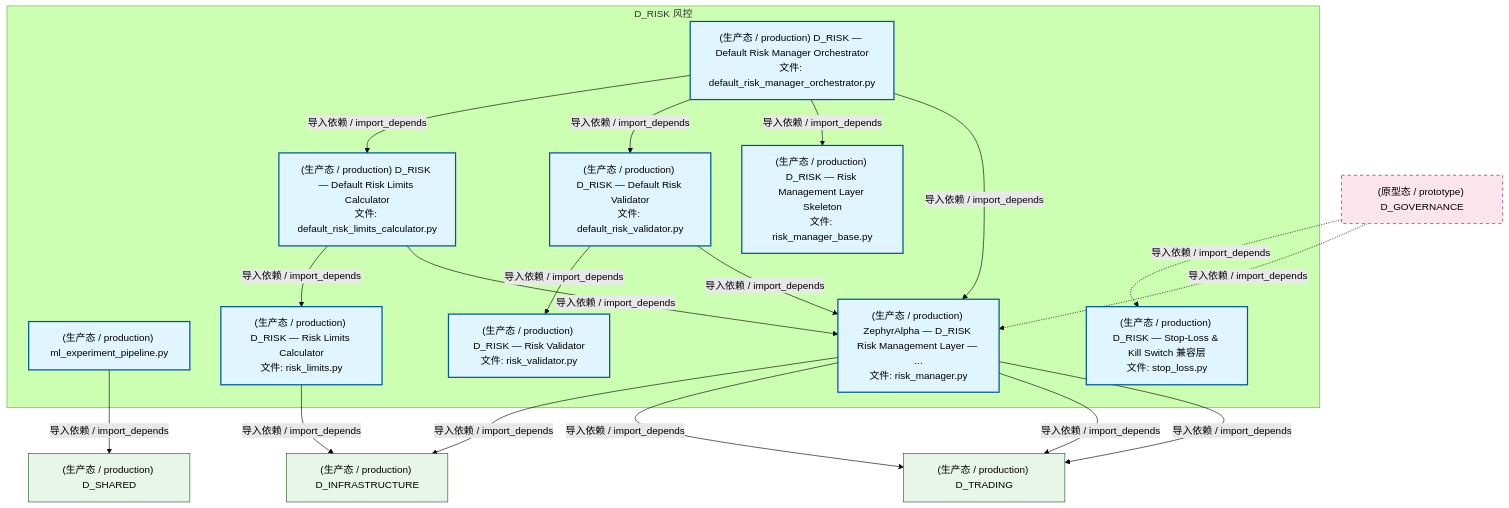
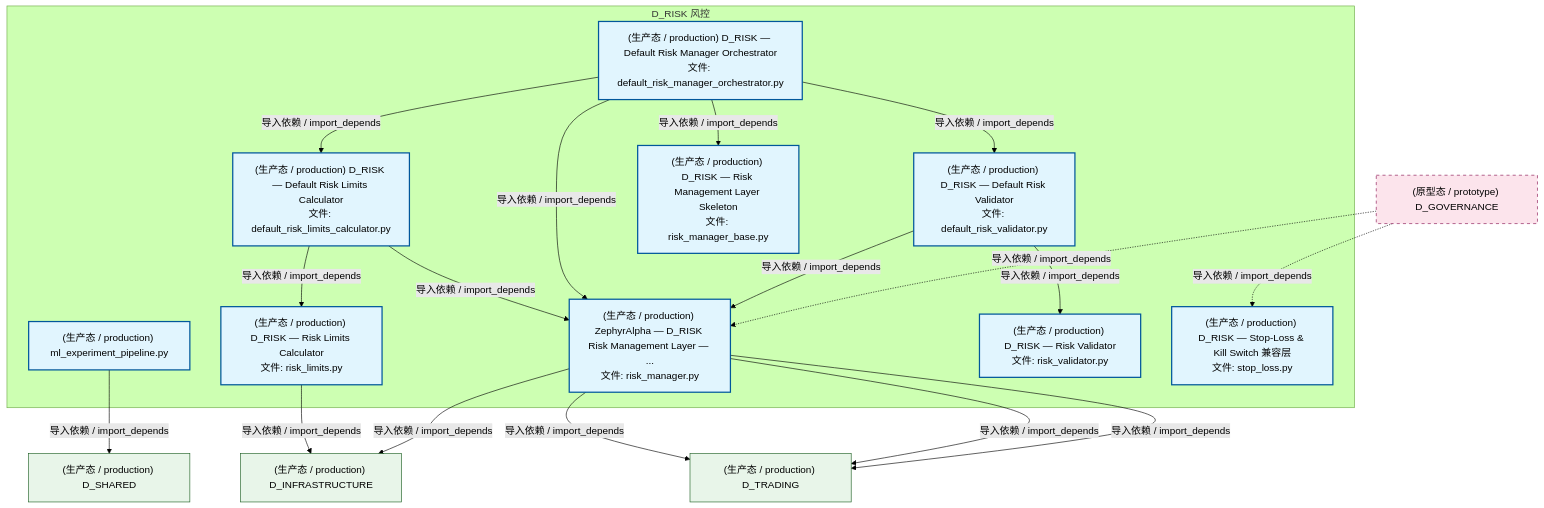
The second of 4 diagrams in docs/02_enterprise_architecture/02_domain_architecture_docs/54_d_risk.md (xuanFelixVan/ZephyrAlpha), drawn with Mermaid (forest theme) before and after one commit. The commit also changed other lines of this file and 126 other files, not shown here.

````diff
--- a/docs/02_enterprise_architecture/02_domain_architecture_docs/54_d_risk.md
+++ b/docs/02_enterprise_architecture/02_domain_architecture_docs/54_d_risk.md
@@ -186,41 +186,41 @@
 ```mermaid
 graph TD
     subgraph D_RISK["D_RISK 风控"]
         src_zephyr_risk_cross_asset_cross_market_data_adapter_ml_experiment_pipeline_py["(生产态 / production) ml_experiment_pipeline.py"]
         src_zephyr_risk_implementations_default_risk_limits_calculator_py["(生产态 / production) D_RISK — Default Risk Limits Calculator<br/>文件: default_risk_limits_calculator.py"]
         src_zephyr_risk_implementations_default_risk_manager_orchestrator_py["(生产态 / production) D_RISK — Default Risk Manager Orchestrator<br/>文件: default_risk_manager_orchestrator.py"]
         src_zephyr_risk_implementations_default_risk_validator_py["(生产态 / production) D_RISK — Default Risk Validator<br/>文件: default_risk_validator.py"]
         src_zephyr_risk_risk_limits_py["(生产态 / production) D_RISK — Risk Limits Calculator<br/>文件: risk_limits.py"]
         src_zephyr_risk_risk_manager_py["(生产态 / production) ZephyrAlpha — D_RISK Risk Management Layer — ...<br/>文件: risk_manager.py"]
         src_zephyr_risk_risk_manager_base_py["(生产态 / production) D_RISK — Risk Management Layer Skeleton<br/>文件: risk_manager_base.py"]
         src_zephyr_risk_risk_validator_py["(生产态 / production) D_RISK — Risk Validator<br/>文件: risk_validator.py"]
         src_zephyr_risk_stop_loss_py["(生产态 / production) D_RISK — Stop-Loss & Kill Switch 兼容层<br/>文件: stop_loss.py"]
     end
+    src_zephyr_risk_implementations_default_risk_limits_calculator_py -->|导入依赖 / import_depends| src_zephyr_risk_risk_limits_py
+    src_zephyr_risk_implementations_default_risk_limits_calculator_py -->|导入依赖 / import_depends| src_zephyr_risk_risk_manager_py
+    src_zephyr_risk_implementations_default_risk_manager_orchestrator_py -->|导入依赖 / import_depends| src_zephyr_risk_risk_manager_py
+    src_zephyr_risk_implementations_default_risk_manager_orchestrator_py -->|导入依赖 / import_depends| src_zephyr_risk_risk_manager_base_py
+    src_zephyr_risk_implementations_default_risk_manager_orchestrator_py -->|导入依赖 / import_depends| src_zephyr_risk_implementations_default_risk_limits_calculator_py
+    src_zephyr_risk_implementations_default_risk_manager_orchestrator_py -->|导入依赖 / import_depends| src_zephyr_risk_implementations_default_risk_validator_py
     src_zephyr_risk_implementations_default_risk_validator_py -->|导入依赖 / import_depends| src_zephyr_risk_risk_manager_py
     src_zephyr_risk_implementations_default_risk_validator_py -->|导入依赖 / import_depends| src_zephyr_risk_risk_validator_py
-    src_zephyr_risk_implementations_default_risk_limits_calculator_py -->|导入依赖 / import_depends| src_zephyr_risk_risk_manager_py
-    src_zephyr_risk_implementations_default_risk_limits_calculator_py -->|导入依赖 / import_depends| src_zephyr_risk_risk_limits_py
-    src_zephyr_risk_implementations_default_risk_manager_orchestrator_py -->|导入依赖 / import_depends| src_zephyr_risk_risk_manager_py
-    src_zephyr_risk_implementations_default_risk_manager_orchestrator_py -->|导入依赖 / import_depends| src_zephyr_risk_risk_manager_base_py
-    src_zephyr_risk_implementations_default_risk_manager_orchestrator_py -->|导入依赖 / import_depends| src_zephyr_risk_implementations_default_risk_validator_py
-    src_zephyr_risk_implementations_default_risk_manager_orchestrator_py -->|导入依赖 / import_depends| src_zephyr_risk_implementations_default_risk_limits_calculator_py
+    D_TRADING["(生产态 / production) D_TRADING"]
+    src_zephyr_risk_risk_manager_py -->|导入依赖 / import_depends| D_TRADING
     D_INFRASTRUCTURE["(生产态 / production) D_INFRASTRUCTURE"]
     src_zephyr_risk_risk_limits_py -->|导入依赖 / import_depends| D_INFRASTRUCTURE
-    D_TRADING["(生产态 / production) D_TRADING"]
-    src_zephyr_risk_risk_manager_py -->|导入依赖 / import_depends| D_TRADING
     src_zephyr_risk_risk_manager_py -->|导入依赖 / import_depends| D_TRADING
     src_zephyr_risk_risk_manager_py -->|导入依赖 / import_depends| D_TRADING
     src_zephyr_risk_risk_manager_py -->|导入依赖 / import_depends| D_INFRASTRUCTURE
     D_SHARED["(生产态 / production) D_SHARED"]
     src_zephyr_risk_cross_asset_cross_market_data_adapter_ml_experiment_pipeline_py -->|导入依赖 / import_depends| D_SHARED
     D_GOVERNANCE["(原型态 / prototype) D_GOVERNANCE"]
     D_GOVERNANCE -.->|导入依赖 / import_depends| src_zephyr_risk_risk_manager_py
     D_GOVERNANCE -.->|导入依赖 / import_depends| src_zephyr_risk_stop_loss_py
     classDef production fill:#e1f5fe,stroke:#01579b,stroke-width:2px,color:#000
     classDef design fill:#fff3e0,stroke:#e65100,stroke-width:2px,color:#000,stroke-dasharray: 5 5
     classDef external_prod fill:#e8f5e9,stroke:#1b5e20,stroke-width:1px,color:#000
     classDef external_design fill:#fce4ec,stroke:#880e4f,stroke-width:1px,color:#000,stroke-dasharray: 5 5
     class src_zephyr_risk_cross_asset_cross_market_data_adapter_ml_experiment_pipeline_py,src_zephyr_risk_implementations_default_risk_limits_calculator_py,src_zephyr_risk_implementations_default_risk_manager_orchestrator_py,src_zephyr_risk_implementations_default_risk_validator_py,src_zephyr_risk_risk_limits_py,src_zephyr_risk_risk_manager_py,src_zephyr_risk_risk_manager_base_py,src_zephyr_risk_risk_validator_py,src_zephyr_risk_stop_loss_py production
-    class D_INFRASTRUCTURE,D_TRADING,D_SHARED external_prod
+    class D_TRADING,D_INFRASTRUCTURE,D_SHARED external_prod
     class D_GOVERNANCE external_design
 ```
````
